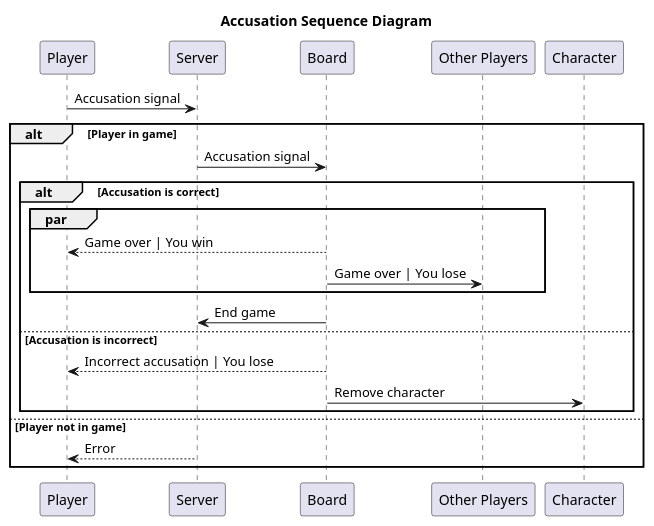
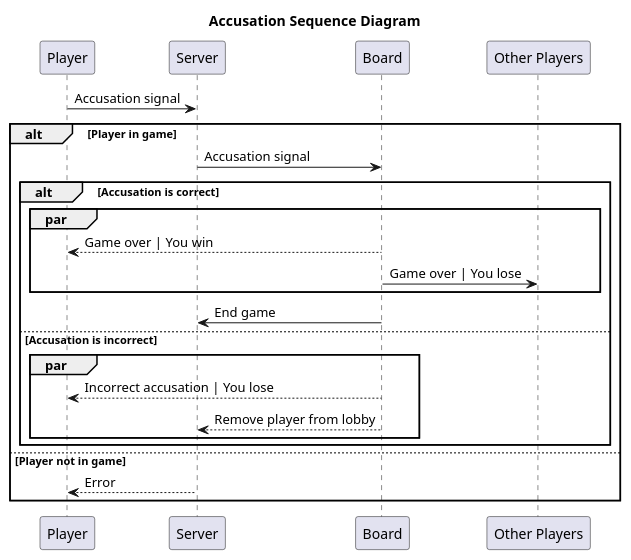
One commit to jedge3/Clueless changed the diagram in diagrams/accusation.plantuml. Above: the diagram before and after it, drawn with PlantUML. The commit also changed 1 other file, not shown here.

Commit message:
Modify diagrams

```diff
--- a/diagrams/accusation.plantuml
+++ b/diagrams/accusation.plantuml
@@ -1,19 +1,21 @@
 @startuml Sequence Diagram
 title Accusation Sequence Diagram
 Player -> Server: Accusation signal
 alt Player in game
     Server -> Board: Accusation signal
     alt Accusation is correct
         par
             Board --> Player: Game over | You win
             Board -> "Other Players": Game over | You lose
         end
             Board -> Server: End game
     else Accusation is incorrect
-        Board --> Player: Incorrect accusation | You lose
-        Board -> Character: Remove character
+        par
+            Board --> Player: Incorrect accusation | You lose
+            Board --> Server: Remove player from lobby
+        end
     end
 else Player not in game
     Server --> Player: Error
 end
 @enduml
```
